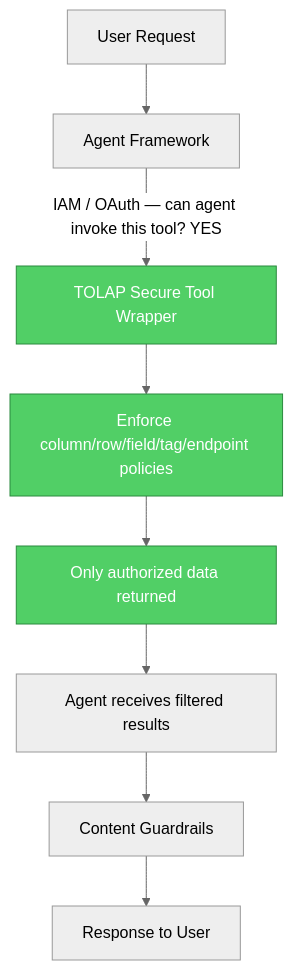
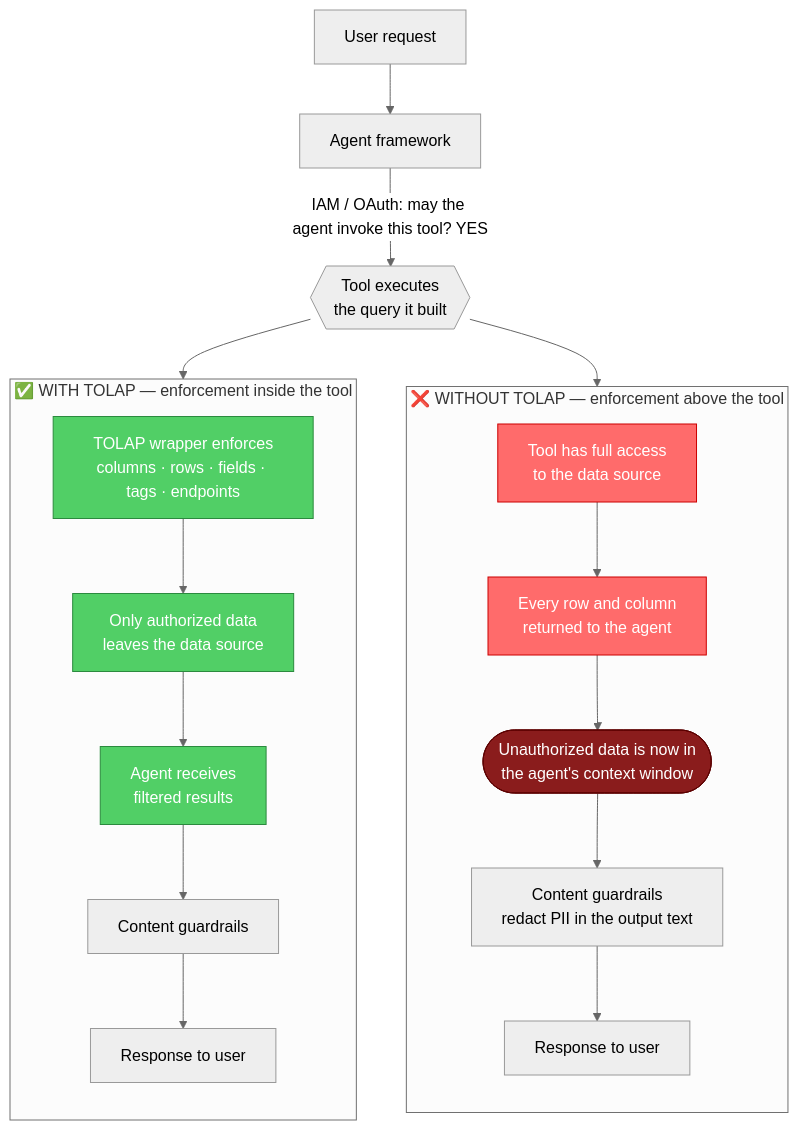
One commit to awslabs/tolap changed the diagram in README.md. Above: the diagram before and after it, drawn with Mermaid (neutral theme). The commit also changed other lines of this file, not shown here.

````diff
--- a/README.md
+++ b/README.md
@@ -30,14 +17,33 @@
 ```mermaid
 flowchart TD
-    A[User Request] --> B[Agent Framework]
-    B -->|IAM / OAuth — can agent invoke this tool? YES| C[TOLAP Secure Tool Wrapper]
-    C --> D[Enforce column/row/field/tag/endpoint policies]
-    D --> E[Only authorized data returned]
-    E --> F[Agent receives filtered results]
-    F --> G[Content Guardrails]
-    G --> H[Response to User]
+    A[User request] --> B[Agent framework]
+    B -->|"IAM / OAuth: may the agent invoke this tool? YES"| SPLIT{{"Tool executes<br/>the query it built"}}
 
-    style C fill:#51cf66,color:#fff,stroke:#2b8a3e
-    style D fill:#51cf66,color:#fff,stroke:#2b8a3e
-    style E fill:#51cf66,color:#fff,stroke:#2b8a3e
+    SPLIT --> W1
+    SPLIT --> T1
+
+    subgraph gap ["❌ WITHOUT TOLAP — enforcement above the tool"]
+        direction TB
+        W1["Tool has full access<br/>to the data source"]
+        W1 --> W2["Every row and column<br/>returned to the agent"]
+        W2 --> LEAK(["Unauthorized data is now in<br/>the agent's context window"])
+        LEAK --> W3["Content guardrails<br/>redact PII in the output text"]
+        W3 --> W4["Response to user"]
+    end
+
+    subgraph fix ["✅ WITH TOLAP — enforcement inside the tool"]
+        direction TB
+        T1["TOLAP wrapper enforces<br/>columns · rows · fields · tags · endpoints"]
+        T1 --> T2["Only authorized data<br/>leaves the data source"]
+        T2 --> T3["Agent receives<br/>filtered results"]
+        T3 --> T4["Content guardrails"]
+        T4 --> T5["Response to user"]
+    end
+
+    style W1 fill:#ff6b6b,color:#fff,stroke:#cc0000
+    style W2 fill:#ff6b6b,color:#fff,stroke:#cc0000
+    style LEAK fill:#8a1c1c,color:#fff,stroke:#5c0000
+    style T1 fill:#51cf66,color:#fff,stroke:#2b8a3e
+    style T2 fill:#51cf66,color:#fff,stroke:#2b8a3e
+    style T3 fill:#51cf66,color:#fff,stroke:#2b8a3e
 ```
````
